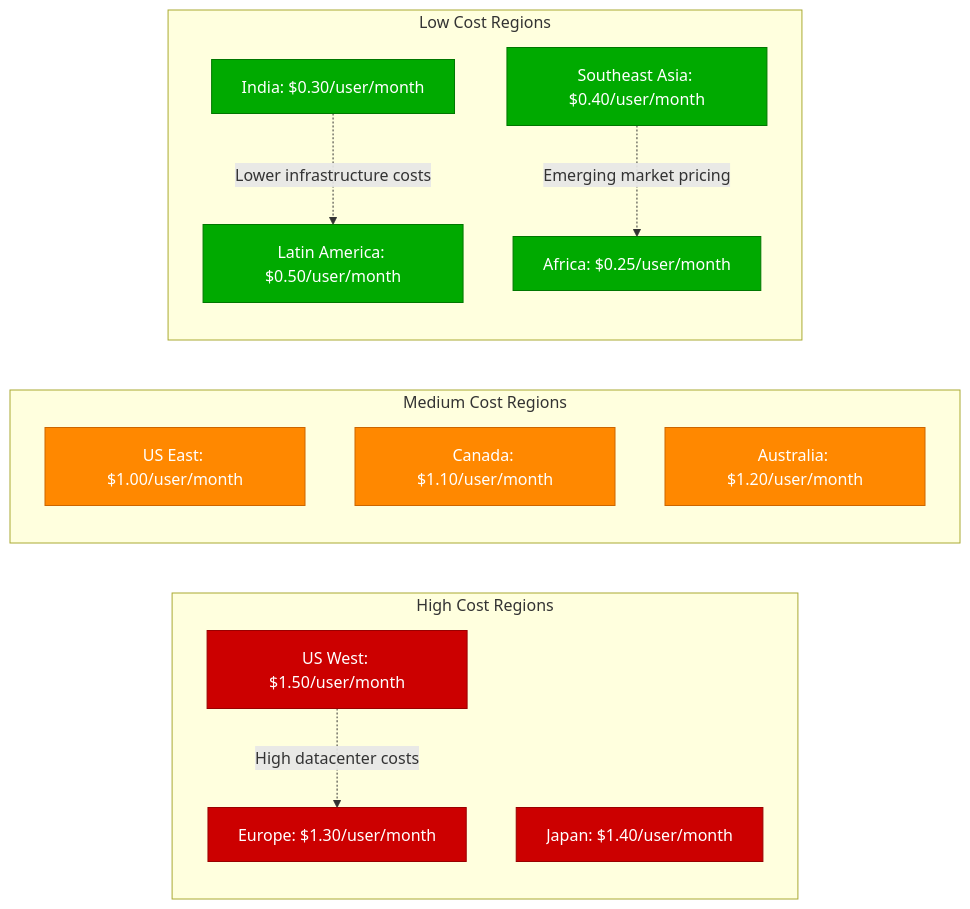
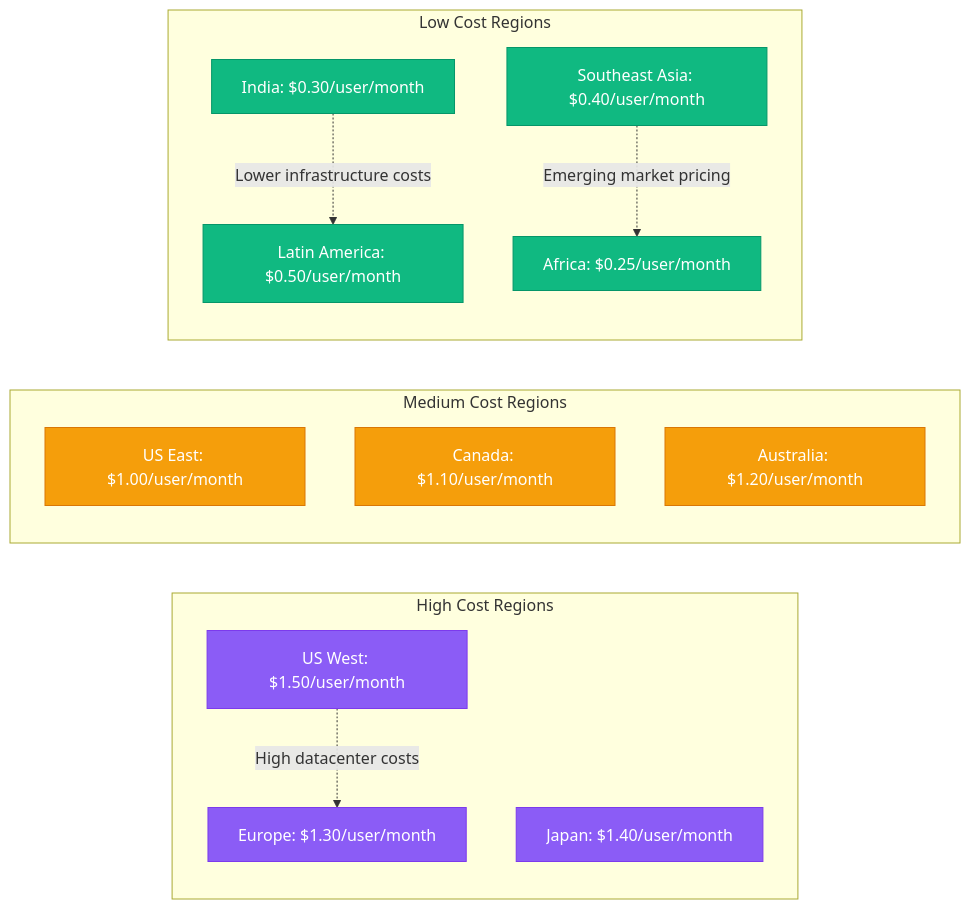
Before and after one commit to deepaucksharma/DS: the sixth of 10 diagrams in site/docs/systems/meta/cost-breakdown.md, drawn with Mermaid. The commit also changed other lines of this file and 303 other files, not shown here.

````diff
--- a/site/docs/systems/meta/cost-breakdown.md
+++ b/site/docs/systems/meta/cost-breakdown.md
@@ -193,34 +193,34 @@
 ```mermaid
 graph LR
     subgraph HighCost[High Cost Regions]
         US_WEST[US West: $1.50/user/month]
         EUROPE[Europe: $1.30/user/month]
         JAPAN[Japan: $1.40/user/month]
     end
 
     subgraph MediumCost[Medium Cost Regions]
         US_EAST[US East: $1.00/user/month]
         CANADA[Canada: $1.10/user/month]
         AUSTRALIA[Australia: $1.20/user/month]
     end
 
     subgraph LowCost[Low Cost Regions]
         INDIA[India: $0.30/user/month]
         LATAM[Latin America: $0.50/user/month]
         SEA[Southeast Asia: $0.40/user/month]
         AFRICA[Africa: $0.25/user/month]
     end
 
     %% Cost drivers
     US_WEST -.->|"High datacenter costs"| EUROPE
     INDIA -.->|"Lower infrastructure costs"| LATAM
     SEA -.->|"Emerging market pricing"| AFRICA
 
-    classDef highStyle fill:#CC0000,stroke:#990000,color:#fff
-    classDef mediumStyle fill:#FF8800,stroke:#CC6600,color:#fff
-    classDef lowStyle fill:#00AA00,stroke:#007700,color:#fff
+    classDef highStyle fill:#8B5CF6,stroke:#7C3AED,color:#fff
+    classDef mediumStyle fill:#F59E0B,stroke:#D97706,color:#fff
+    classDef lowStyle fill:#10B981,stroke:#059669,color:#fff
 
     class US_WEST,EUROPE,JAPAN highStyle
     class US_EAST,CANADA,AUSTRALIA mediumStyle
     class INDIA,LATAM,SEA,AFRICA lowStyle
 ```
````
